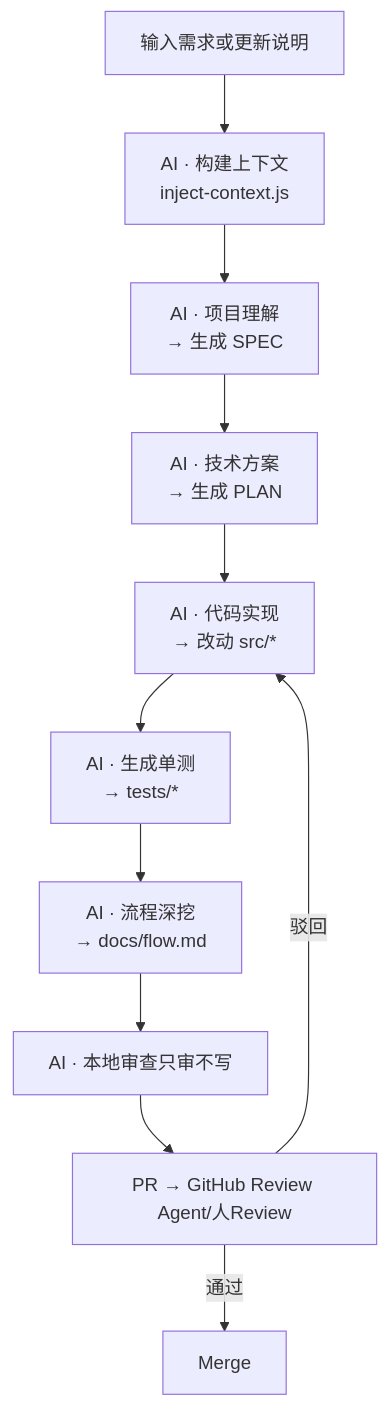
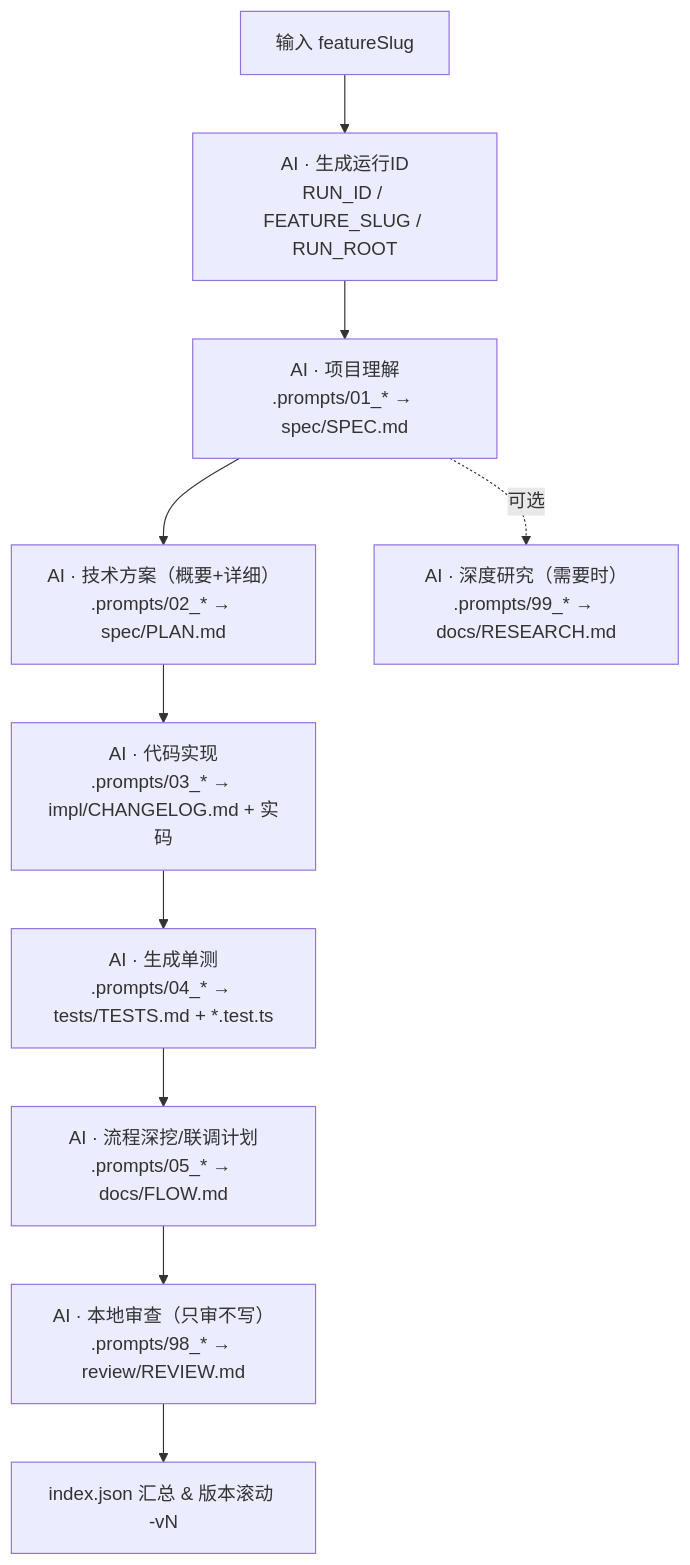
One commit to bigkrys/AiCodeWorkFlow changed the diagram in README.md. Above: the diagram before and after it, drawn with Mermaid. The commit also changed other lines of this file and 25 other files, not shown here.

````diff
--- a/README.md
+++ b/README.md
@@ -20,14 +19,12 @@
 ```mermaid
 flowchart TD
-  A[输入需求或更新说明] --> B[AI · 构建上下文<br/>inject-context.js]
-  B --> C[AI · 项目理解<br/>→ 生成 SPEC]
-  C --> D[AI · 技术方案<br/>→ 生成 PLAN]
-  D --> E[AI · 代码实现<br/>→ 改动 src/*]
-  E --> F[AI · 生成单测<br/>→ tests/*]
-  F --> G[AI · 流程深挖<br/>→ docs/flow.md]
-  G --> H[AI · 本地审查只审不写]
-  H --> I[PR → GitHub Review Agent/人Review]
-  I -->|通过| J[Merge]
-  I -->|驳回| E
-
+  A[输入 featureSlug] --> B[AI · 生成运行ID<br/>RUN_ID / FEATURE_SLUG / RUN_ROOT]
+  B --> C[AI · 项目理解<br/>.prompts/01_* → spec/SPEC.md]
+  C --> D[AI · 技术方案（概要+详细）<br/>.prompts/02_* → spec/PLAN.md]
+  D --> E[AI · 代码实现<br/>.prompts/03_* → impl/CHANGELOG.md + 实码]
+  E --> F[AI · 生成单测<br/>.prompts/04_* → tests/TESTS.md + *.test.ts]
+  F --> G[AI · 流程深挖/联调计划<br/>.prompts/05_* → docs/FLOW.md]
+  G --> H[AI · 本地审查（只审不写）<br/>.prompts/98_* → review/REVIEW.md]
+  C -. 可选 .-> R[AI · 深度研究（需要时）<br/>.prompts/99_* → docs/RESEARCH.md]
+  H --> Z[index.json 汇总 & 版本滚动 -vN]
 ```
````
